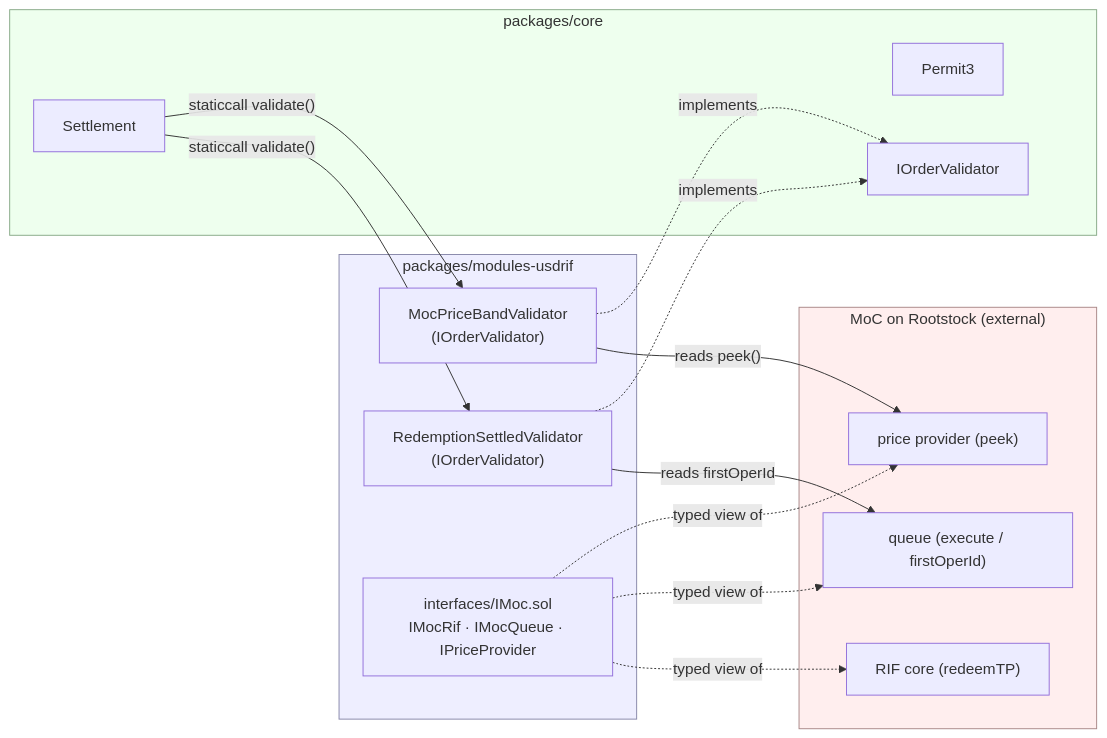
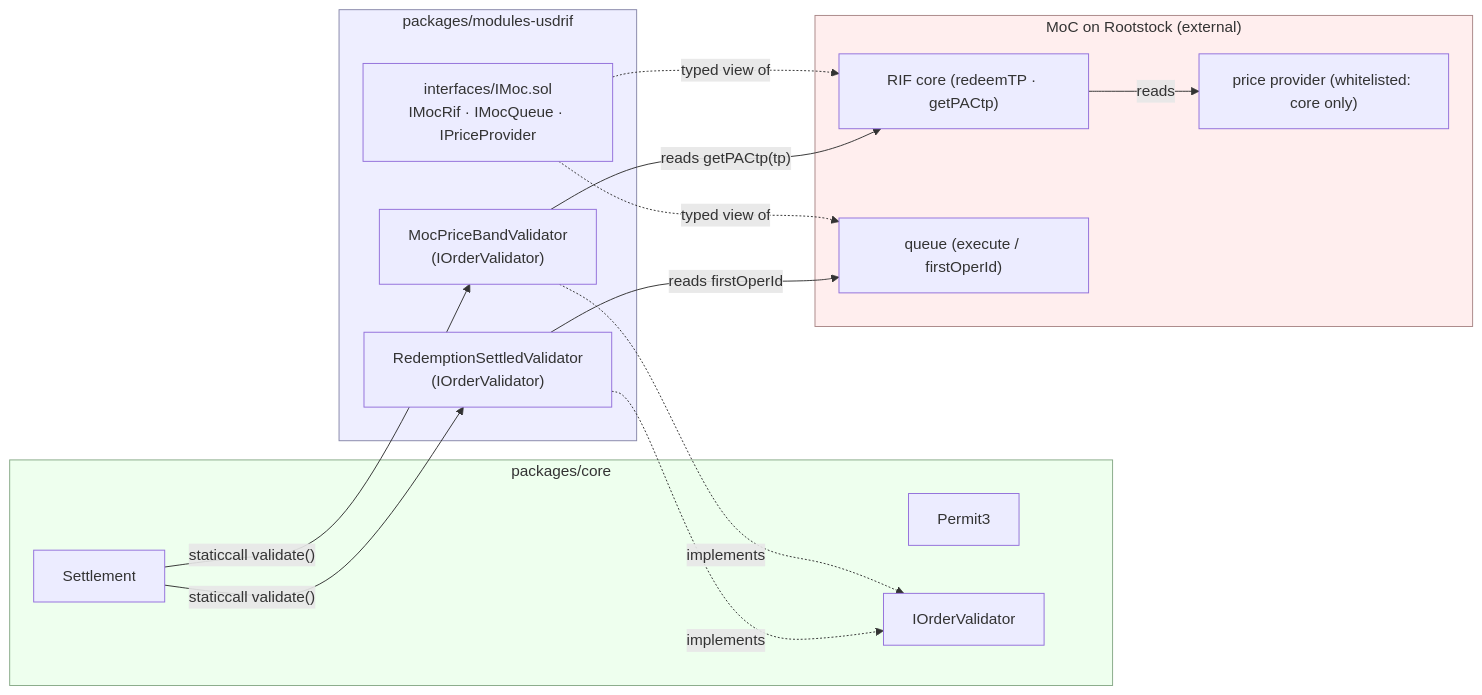
Before and after one commit to 1delta-DAO/1delta-X: the second of 2 diagrams in packages/modules/redeem/usdrif/ARCHITECTURE.md, drawn with Mermaid. The commit also changed other lines of this file and 6 other files, not shown here.

Commit message:
fix(B-modules): MocPriceBandValidator reads getPACtp (2026-09-30 audit RIF-3/VAL-3)

````diff
--- a/packages/modules/redeem/usdrif/ARCHITECTURE.md
+++ b/packages/modules/redeem/usdrif/ARCHITECTURE.md
@@ -110,30 +110,31 @@
 ```mermaid
 flowchart LR
     subgraph usdrif["packages/modules-usdrif"]
         RSV["RedemptionSettledValidator\n(IOrderValidator)"]
         DGV["MocPriceBandValidator\n(IOrderValidator)"]
         IMOC["interfaces/IMoc.sol\nIMocRif · IMocQueue · IPriceProvider"]
     end
     subgraph core["packages/core"]
         SETTLE["Settlement"]
         P3["Permit3"]
         IOV["IOrderValidator"]
     end
     subgraph moc["MoC on Rootstock (external)"]
-        CORE["RIF core (redeemTP)"]
+        CORE["RIF core (redeemTP · getPACtp)"]
         QUEUE["queue (execute / firstOperId)"]
-        PP["price provider (peek)"]
+        PP["price provider (whitelisted: core only)"]
     end
 
     SETTLE -- "staticcall validate()" --> RSV
     SETTLE -- "staticcall validate()" --> DGV
     RSV -- "reads firstOperId" --> QUEUE
-    DGV -- "reads peek()" --> PP
+    DGV -- "reads getPACtp(tp)" --> CORE
+    CORE -- "reads" --> PP
     RSV -. implements .-> IOV
     DGV -. implements .-> IOV
-    IMOC -. typed view of .-> CORE & QUEUE & PP
+    IMOC -. typed view of .-> CORE & QUEUE
 
     style usdrif fill:#eef,stroke:#88a
     style core fill:#efe,stroke:#8a8
     style moc fill:#fee,stroke:#a88
 ```
````
